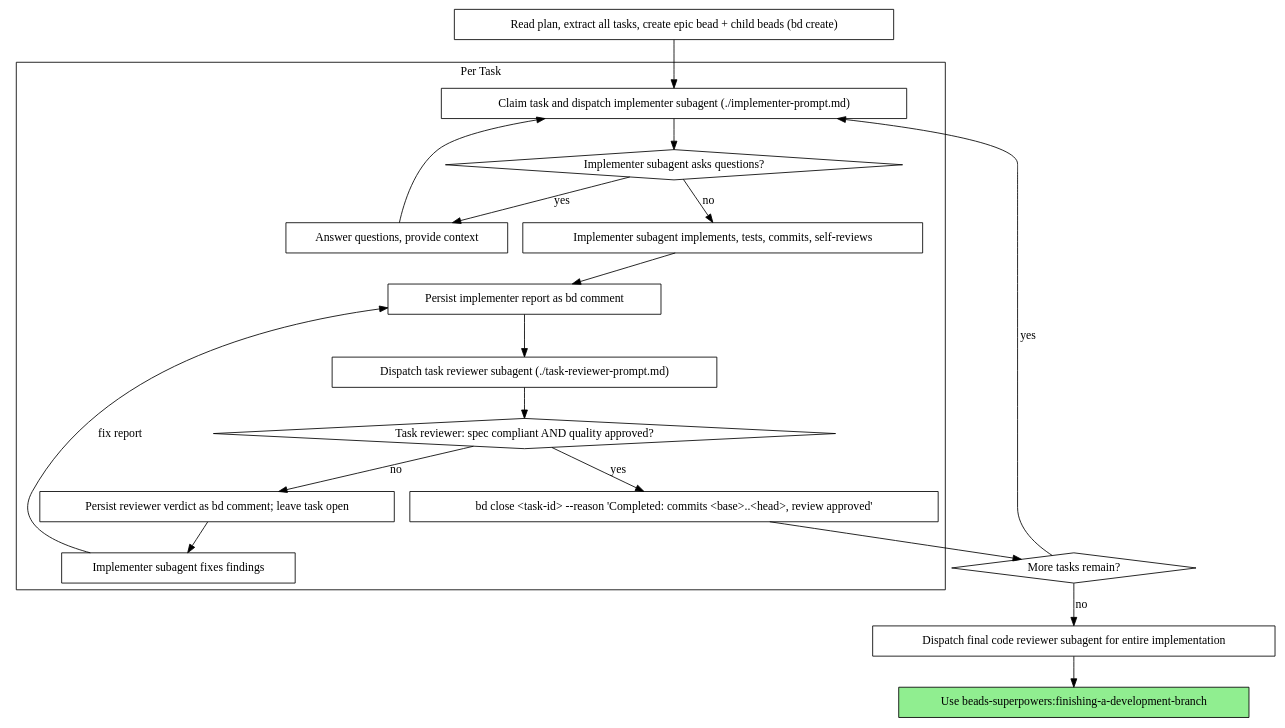
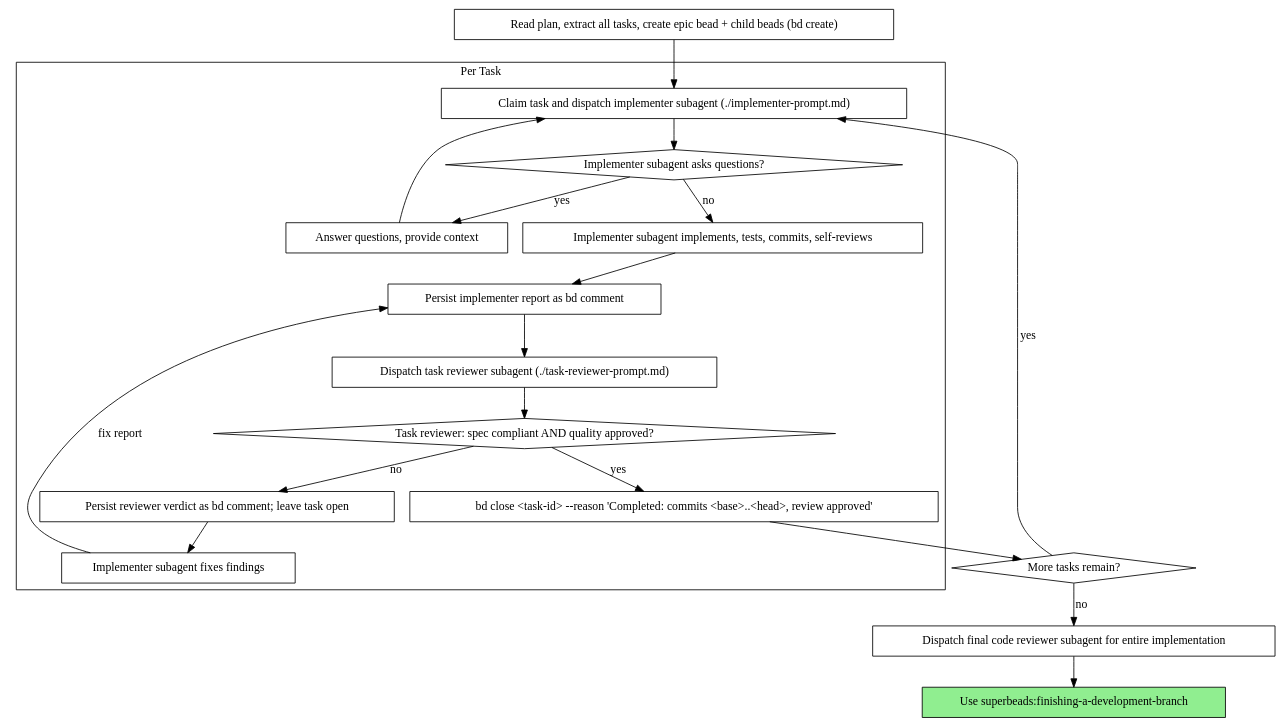
Before and after one commit to the-inconvenience-store/superbeads: the second of 3 diagrams in skills/subagent-driven-development/SKILL.md, drawn with Graphviz. The commit also changed other lines of this file and 61 other files, not shown here.

````diff
--- a/skills/subagent-driven-development/SKILL.md
+++ b/skills/subagent-driven-development/SKILL.md
@@ -55,41 +55,41 @@
 ```dot
 digraph process {
     rankdir=TB;
 
     subgraph cluster_per_task {
         label="Per Task";
         "Claim task and dispatch implementer subagent (./implementer-prompt.md)" [shape=box];
         "Implementer subagent asks questions?" [shape=diamond];
         "Answer questions, provide context" [shape=box];
         "Implementer subagent implements, tests, commits, self-reviews" [shape=box];
         "Persist implementer report as bd comment" [shape=box];
         "Dispatch task reviewer subagent (./task-reviewer-prompt.md)" [shape=box];
         "Task reviewer: spec compliant AND quality approved?" [shape=diamond];
         "Persist reviewer verdict as bd comment; leave task open" [shape=box];
         "Implementer subagent fixes findings" [shape=box];
         "bd close <task-id> --reason 'Completed: commits <base>..<head>, review approved'" [shape=box];
     }
 
     "Read plan, extract all tasks, create epic bead + child beads (bd create)" [shape=box];
     "More tasks remain?" [shape=diamond];
     "Dispatch final code reviewer subagent for entire implementation" [shape=box];
-    "Use beads-superpowers:finishing-a-development-branch" [shape=box style=filled fillcolor=lightgreen];
+    "Use superbeads:finishing-a-development-branch" [shape=box style=filled fillcolor=lightgreen];
 
     "Read plan, extract all tasks, create epic bead + child beads (bd create)" -> "Claim task and dispatch implementer subagent (./implementer-prompt.md)";
     "Claim task and dispatch implementer subagent (./implementer-prompt.md)" -> "Implementer subagent asks questions?";
     "Implementer subagent asks questions?" -> "Answer questions, provide context" [label="yes"];
     "Answer questions, provide context" -> "Claim task and dispatch implementer subagent (./implementer-prompt.md)";
     "Implementer subagent asks questions?" -> "Implementer subagent implements, tests, commits, self-reviews" [label="no"];
     "Implementer subagent implements, tests, commits, self-reviews" -> "Persist implementer report as bd comment";
     "Persist implementer report as bd comment" -> "Dispatch task reviewer subagent (./task-reviewer-prompt.md)";
     "Dispatch task reviewer subagent (./task-reviewer-prompt.md)" -> "Task reviewer: spec compliant AND quality approved?";
     "Task reviewer: spec compliant AND quality approved?" -> "Persist reviewer verdict as bd comment; leave task open" [label="no"];
     "Persist reviewer verdict as bd comment; leave task open" -> "Implementer subagent fixes findings";
     "Implementer subagent fixes findings" -> "Persist implementer report as bd comment" [label="fix report"];
     "Task reviewer: spec compliant AND quality approved?" -> "bd close <task-id> --reason 'Completed: commits <base>..<head>, review approved'" [label="yes"];
     "bd close <task-id> --reason 'Completed: commits <base>..<head>, review approved'" -> "More tasks remain?";
     "More tasks remain?" -> "Claim task and dispatch implementer subagent (./implementer-prompt.md)" [label="yes"];
     "More tasks remain?" -> "Dispatch final code reviewer subagent for entire implementation" [label="no"];
-    "Dispatch final code reviewer subagent for entire implementation" -> "Use beads-superpowers:finishing-a-development-branch";
+    "Dispatch final code reviewer subagent for entire implementation" -> "Use superbeads:finishing-a-development-branch";
 }
 ```
````
